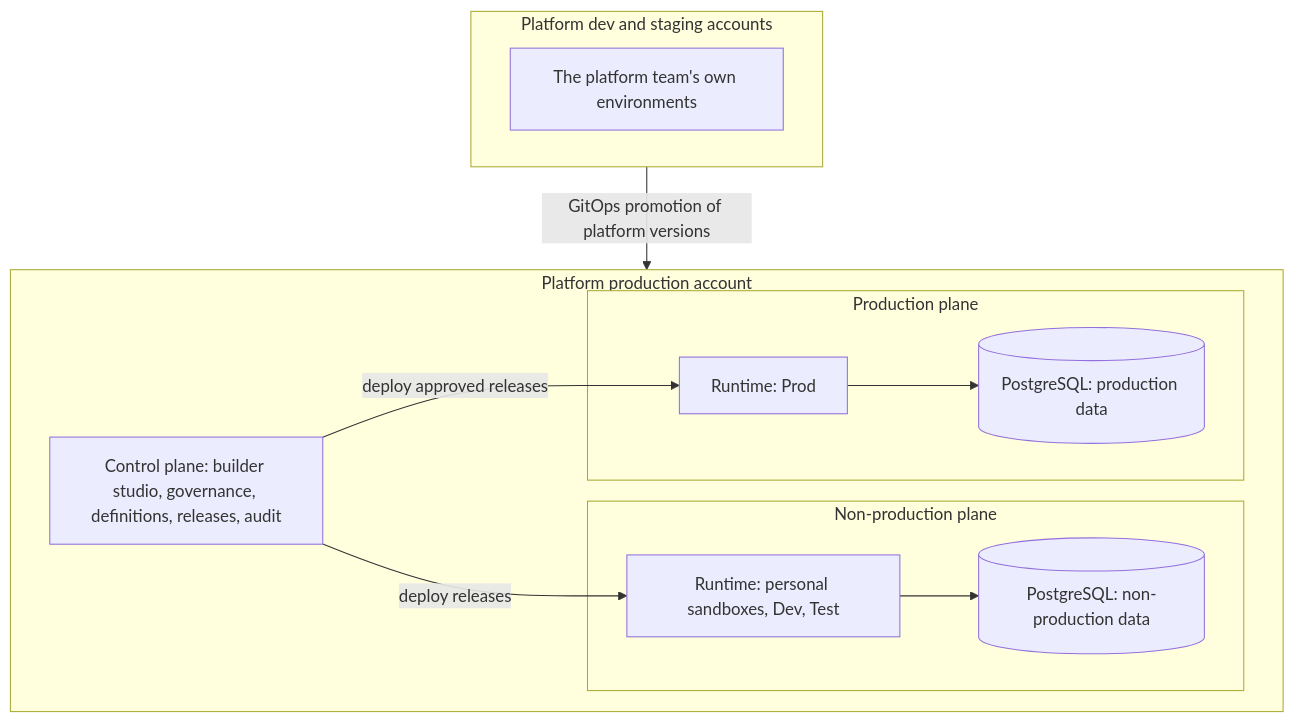
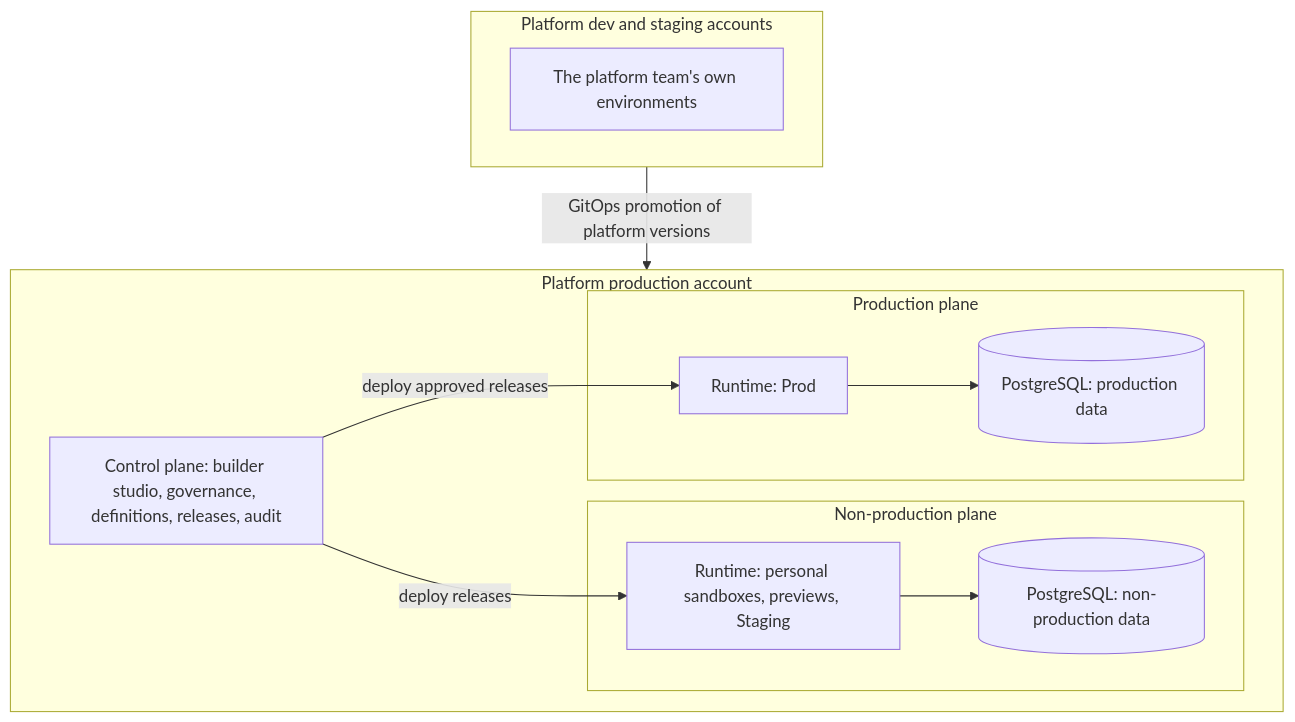
The fourth of 4 diagrams in docs/02-platform-design.md (sreent/joget), drawn with Mermaid before and after one commit. The commit also changed other lines of this file and 1 other file, not shown here.

First line of the commit message:
docs: personal spaces as dev, cloud/IdP-agnostic, Kubernetes layout

````diff
--- a/docs/02-platform-design.md
+++ b/docs/02-platform-design.md
@@ -537,22 +550,22 @@
 ```mermaid
 flowchart TB
   subgraph platformdev[Platform dev and staging accounts]
     PD[The platform team's own environments]
   end
   subgraph platformprod[Platform production account]
     CP[Control plane: builder studio, governance, definitions, releases, audit]
     subgraph np[Non-production plane]
-      NPR[Runtime: personal sandboxes, Dev, Test]
+      NPR[Runtime: personal sandboxes, previews, Staging]
       NPD[(PostgreSQL: non-production data)]
     end
     subgraph pp[Production plane]
       PPR[Runtime: Prod]
       PPD[(PostgreSQL: production data)]
     end
   end
   platformdev -->|GitOps promotion of platform versions| platformprod
   CP -->|deploy releases| NPR
   CP -->|deploy approved releases| PPR
   NPR --> NPD
   PPR --> PPD
 ```
````
